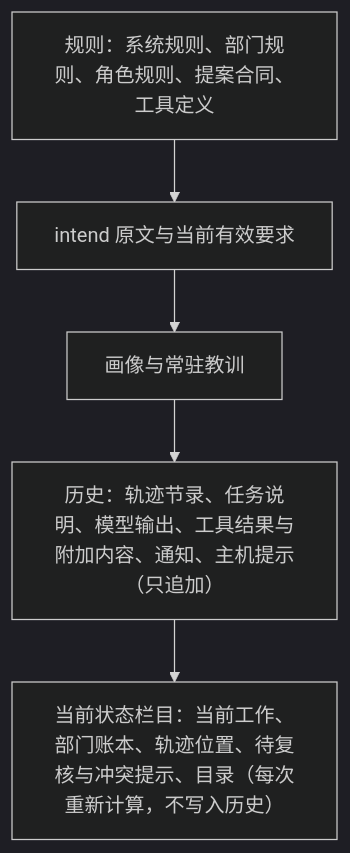
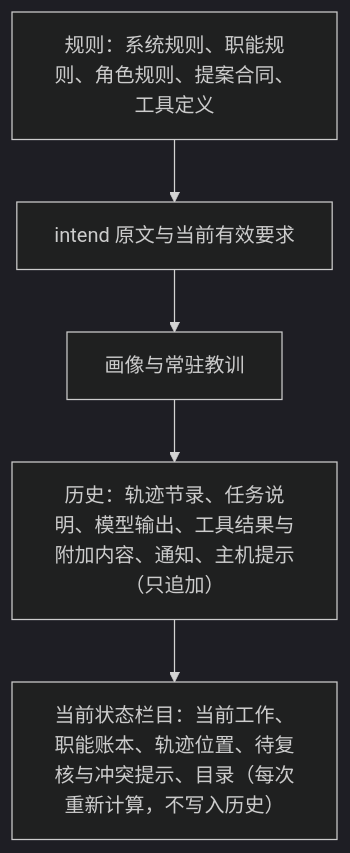
Before and after one commit to bender2333/yudao: the fourth of 5 diagrams in docs/design/semantic-system.md, drawn with Mermaid (dark theme). The commit also changed other lines of this file and 149 other files, not shown here.

````diff
--- a/docs/design/semantic-system.md
+++ b/docs/design/semantic-system.md
@@ -397,9 +397,9 @@
 ```mermaid
 flowchart TB
-  A["规则：系统规则、部门规则、角色规则、提案合同、工具定义"]
+  A["规则：系统规则、职能规则、角色规则、提案合同、工具定义"]
   B["intend 原文与当前有效要求"]
   C["画像与常驻教训"]
   D["历史：轨迹节录、任务说明、模型输出、工具结果与附加内容、通知、主机提示（只追加）"]
-  E["当前状态栏目：当前工作、部门账本、轨迹位置、待复核与冲突提示、目录（每次重新计算，不写入历史）"]
+  E["当前状态栏目：当前工作、职能账本、轨迹位置、待复核与冲突提示、目录（每次重新计算，不写入历史）"]
   A --> B --> C --> D --> E
 ```
````
